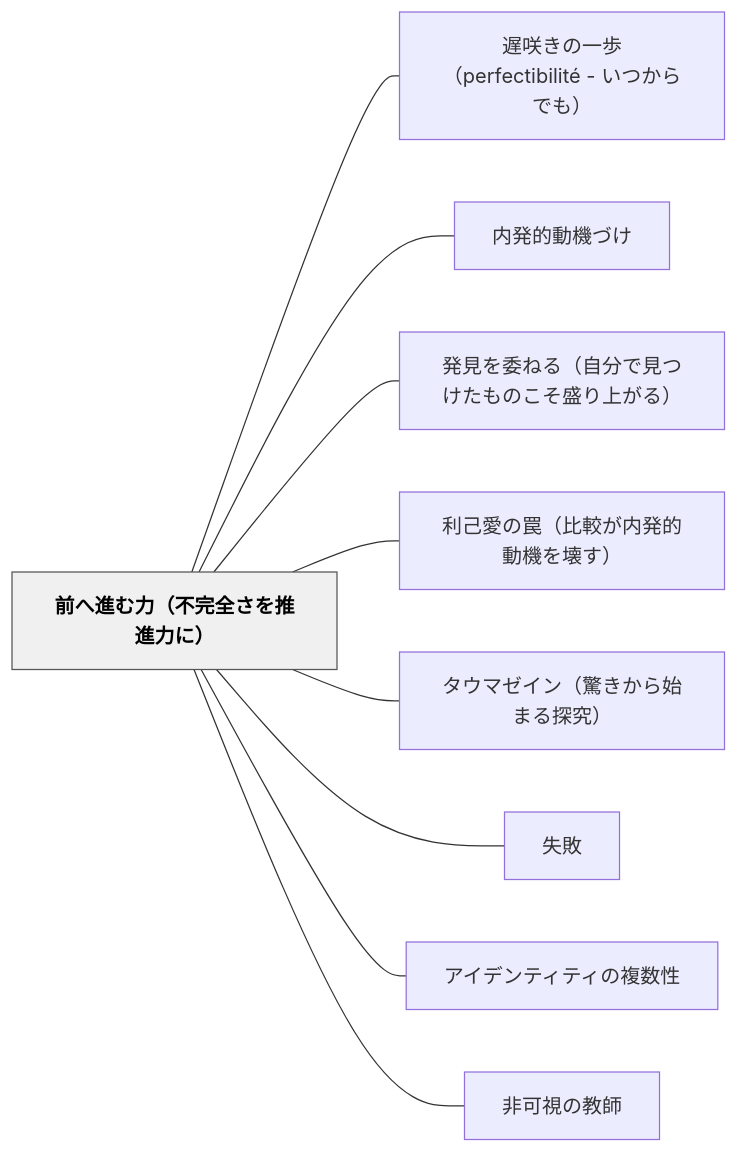
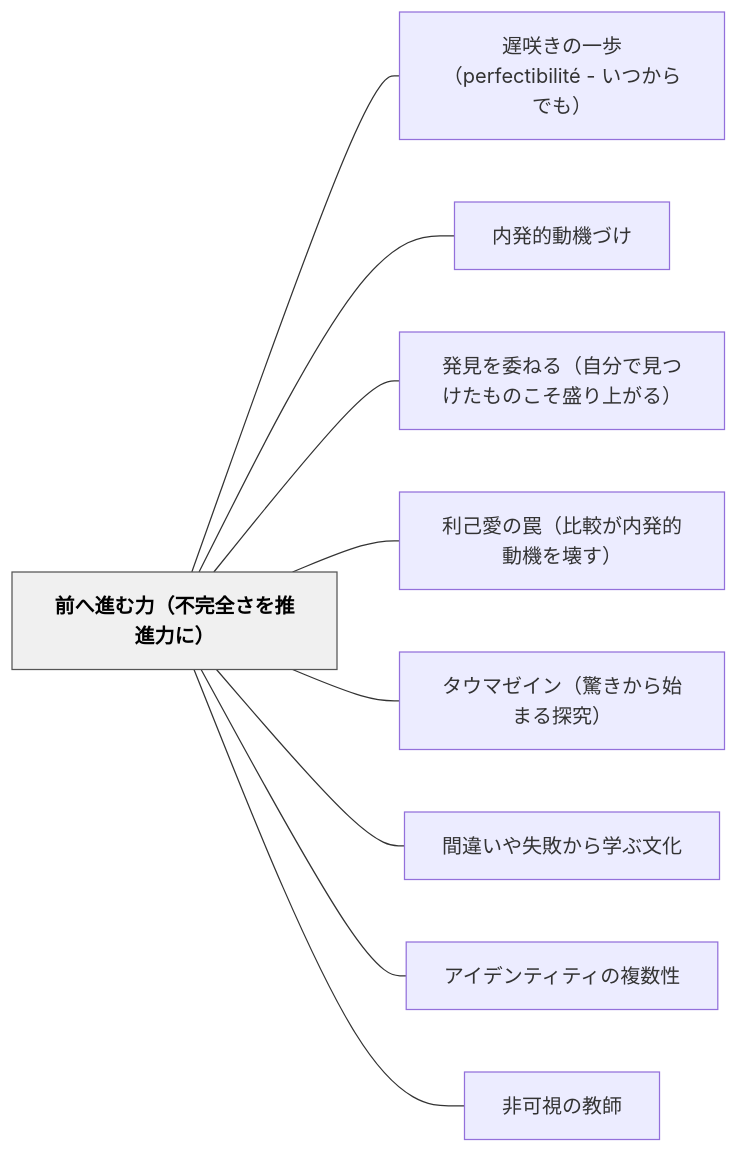
One commit to unknownthings-ed-patterns/unknownthings-ed-patterns changed the diagram in content/パタン/前へ進む力（不完全さを推進力に）.md. Above: the diagram before and after it, drawn with Mermaid. The commit also changed other lines of this file and 32 other files, not shown here.

````diff
--- a/content/パタン/前へ進む力（不完全さを推進力に）.md
+++ b/content/パタン/前へ進む力（不完全さを推進力に）.md
@@ -150,24 +150,24 @@
 ```mermaid
 flowchart LR
     ne5898de381b8e980b2e38280e58a9befbc88e4b88de5ae8ce585a8e38195e38292e68ea8e980b2e58a9be381abefbc89["前へ進む力（不完全さを推進力に）"]
     ne98185e592b2e3818de381aee4b880e6ada9efbc88706572666563746962696c6974c3a9202d20e38184e381a4e3818be38289e381a7e38282efbc89["遅咲きの一歩（perfectibilité - いつからでも）"]
     ne58685e799bae79a84e58b95e6a99fe381a5e38191["内発的動機づけ"]
     ne799bae8a68be38292e5a794e381ade3828befbc88e887aae58886e381a7e8a68be381a4e38191e3819fe38282e381aee38193e3819de79b9be3828ae4b88ae3818ce3828befbc89["発見を委ねる（自分で見つけたものこそ盛り上がる）"]
     ne588a9e5b7b1e6849be381aee7bda0efbc88e6af94e8bc83e3818ce58685e799bae79a84e58b95e6a99fe38292e5a38ae38199efbc89["利己愛の罠（比較が内発的動機を壊す）"]
     ne382bfe382a6e3839ee382bce382a4e383b3efbc88e9a99ae3818de3818be38289e5a78be381bee3828be68ea2e7a9b6efbc89["タウマゼイン（驚きから始まる探究）"]
-    ne5a4b1e69597["失敗"]
+    ne99693e98195e38184e38284e5a4b1e69597e3818be38289e5ada6e381b6e69687e58c96["間違いや失敗から学ぶ文化"]
     ne382a2e382a4e38387e383b3e38386e382a3e38386e382a3e381aee8a487e695b0e680a7["アイデンティティの複数性"]
     ne99d9ee58fafe8a696e381aee69599e5b8ab["非可視の教師"]
 
     ne5898de381b8e980b2e38280e58a9befbc88e4b88de5ae8ce585a8e38195e38292e68ea8e980b2e58a9be381abefbc89 --- ne98185e592b2e3818de381aee4b880e6ada9efbc88706572666563746962696c6974c3a9202d20e38184e381a4e3818be38289e381a7e38282efbc89
     ne5898de381b8e980b2e38280e58a9befbc88e4b88de5ae8ce585a8e38195e38292e68ea8e980b2e58a9be381abefbc89 --- ne58685e799bae79a84e58b95e6a99fe381a5e38191
     ne5898de381b8e980b2e38280e58a9befbc88e4b88de5ae8ce585a8e38195e38292e68ea8e980b2e58a9be381abefbc89 --- ne799bae8a68be38292e5a794e381ade3828befbc88e887aae58886e381a7e8a68be381a4e38191e3819fe38282e381aee38193e3819de79b9be3828ae4b88ae3818ce3828befbc89
     ne5898de381b8e980b2e38280e58a9befbc88e4b88de5ae8ce585a8e38195e38292e68ea8e980b2e58a9be381abefbc89 --- ne588a9e5b7b1e6849be381aee7bda0efbc88e6af94e8bc83e3818ce58685e799bae79a84e58b95e6a99fe38292e5a38ae38199efbc89
     ne5898de381b8e980b2e38280e58a9befbc88e4b88de5ae8ce585a8e38195e38292e68ea8e980b2e58a9be381abefbc89 --- ne382bfe382a6e3839ee382bce382a4e383b3efbc88e9a99ae3818de3818be38289e5a78be381bee3828be68ea2e7a9b6efbc89
-    ne5898de381b8e980b2e38280e58a9befbc88e4b88de5ae8ce585a8e38195e38292e68ea8e980b2e58a9be381abefbc89 --- ne5a4b1e69597
+    ne5898de381b8e980b2e38280e58a9befbc88e4b88de5ae8ce585a8e38195e38292e68ea8e980b2e58a9be381abefbc89 --- ne99693e98195e38184e38284e5a4b1e69597e3818be38289e5ada6e381b6e69687e58c96
     ne5898de381b8e980b2e38280e58a9befbc88e4b88de5ae8ce585a8e38195e38292e68ea8e980b2e58a9be381abefbc89 --- ne382a2e382a4e38387e383b3e38386e382a3e38386e382a3e381aee8a487e695b0e680a7
     ne5898de381b8e980b2e38280e58a9befbc88e4b88de5ae8ce585a8e38195e38292e68ea8e980b2e58a9be381abefbc89 --- ne99d9ee58fafe8a696e381aee69599e5b8ab
 
     classDef hub fill:#f0f0f0,stroke:#555,color:#000,font-weight:bold
     class ne5898de381b8e980b2e38280e58a9befbc88e4b88de5ae8ce585a8e38195e38292e68ea8e980b2e58a9be381abefbc89 hub
 ```
````
